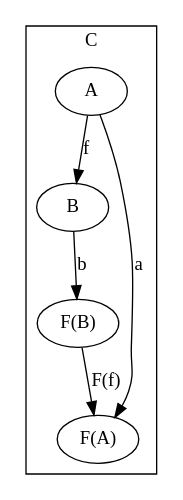
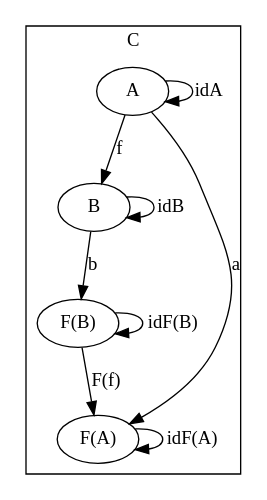
The sixth of 6 diagrams in F-algebra.md (frankymacster/category-theory-graphviz), drawn with Graphviz before and after one commit. The commit also changed other lines of this file, not shown here.

````diff
--- a/F-algebra.md
+++ b/F-algebra.md
@@ -106,19 +135,25 @@
 ```graphviz
 digraph G {
   subgraph clusterC {
     label="C"
     "A"
     "B"    
 
     "F(A)"
     "F(B)"
 
+    "A" -> "A" [label="idA"]
+    "B" -> "B" [label="idB"]
+
+    "F(A)" -> "F(A)" [label="idF(A)"]
+    "F(B)" -> "F(B)" [label="idF(B)"]
+
     "A" -> "B" [label="f"]
 
     "A" -> "F(A)" [label="a"]
     "B" -> "F(B)" [label="b"]
 
     "F(B)" -> "F(A)" [label="F(f)"]
   }
 }
 ```
````
